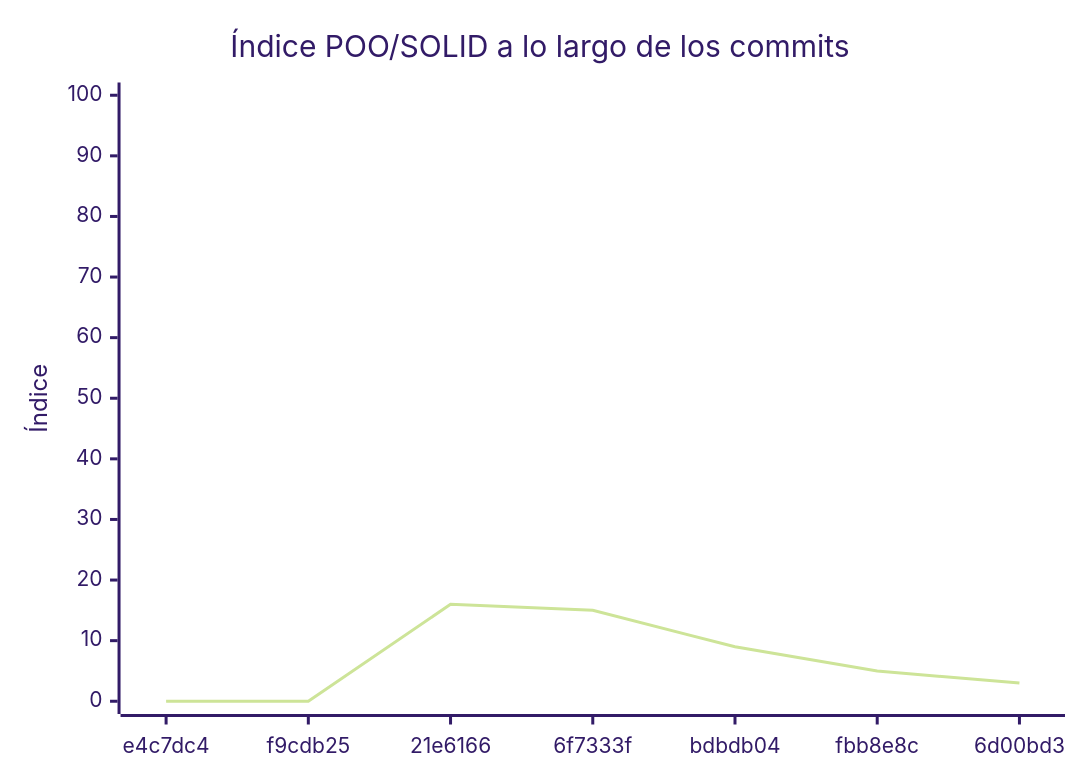
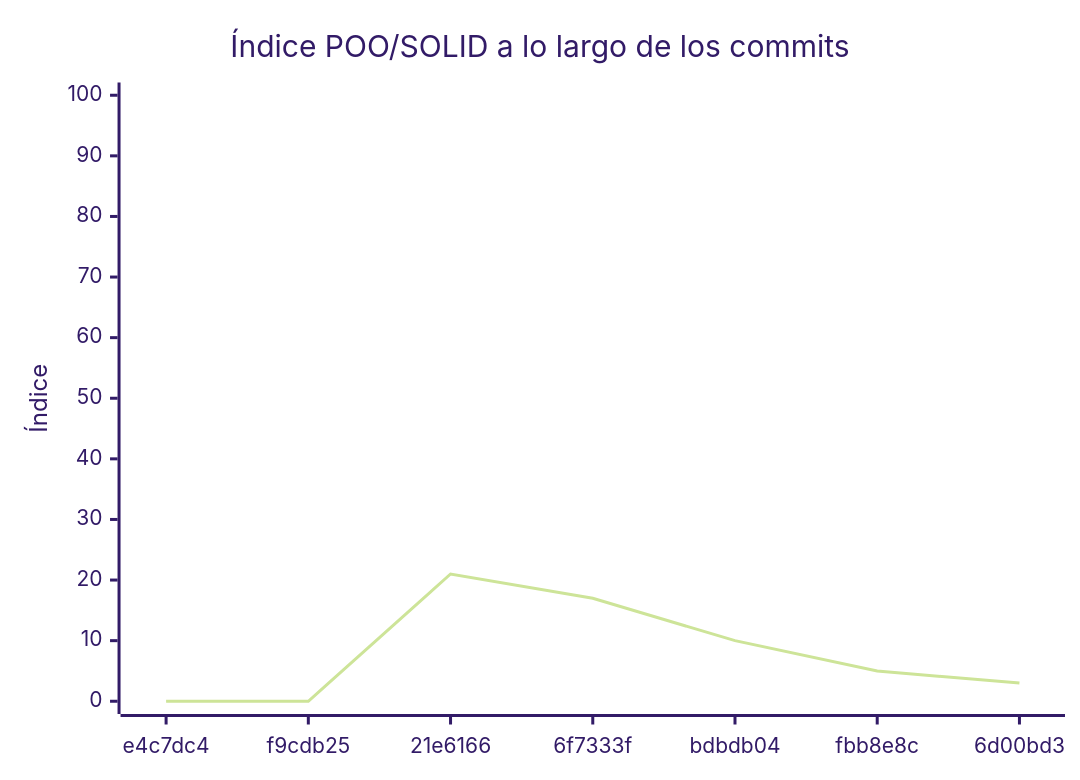
The diagram in docs/EVALUACION.md (etec-francucchiari/simulador-caida-libre-francucchiari), drawn with Mermaid (forest theme) before and after one commit. The commit also changed other lines of this file and 1 other file, not shown here.

````diff
--- a/docs/EVALUACION.md
+++ b/docs/EVALUACION.md
@@ -320,7 +320,7 @@
 ```mermaid
 xychart-beta
     title "Índice POO/SOLID a lo largo de los commits"
     x-axis ["e4c7dc4", "f9cdb25", "21e6166", "6f7333f", "bdbdb04", "fbb8e8c", "6d00bd3"]
     y-axis "Índice" 0 --> 100
-    line [0, 0, 16, 15, 9, 5, 3]
+    line [0, 0, 21, 17, 10, 5, 3]
 ```
````
